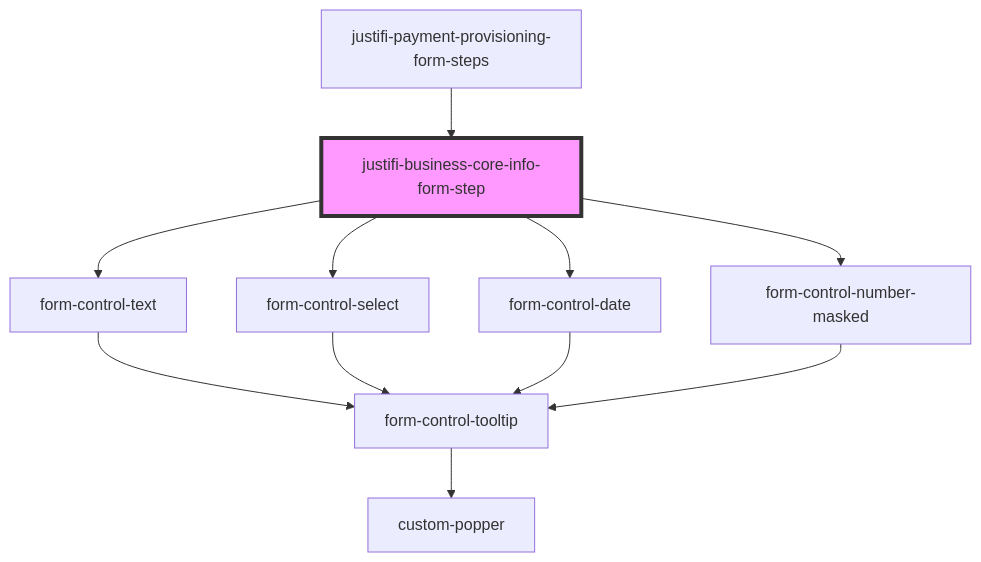
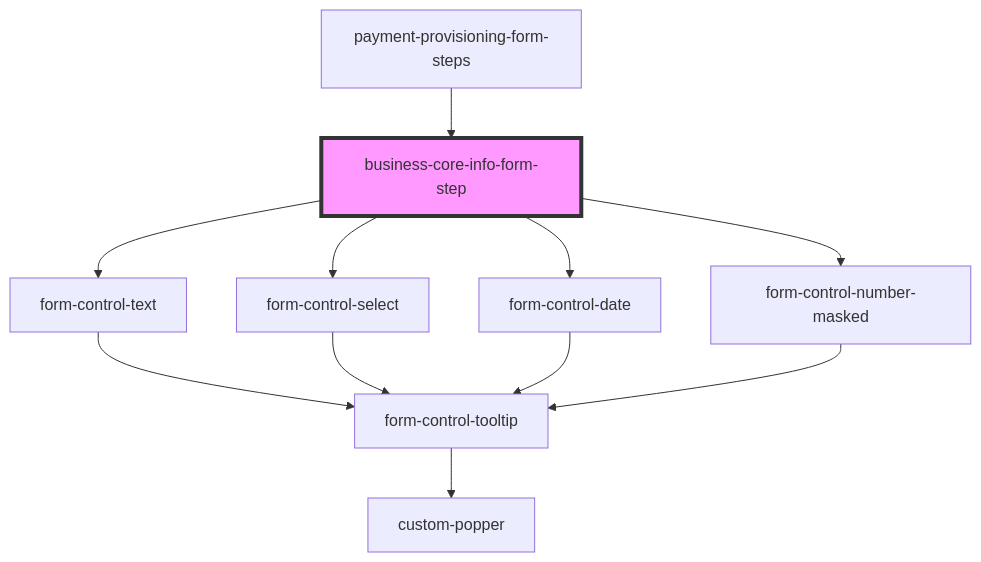
The diagram in packages/webcomponents/src/components/business-forms/payment-provisioning/business-core-info/readme.md (justifi-tech/web-component-library), drawn with Mermaid before and after one commit. The commit also changed other lines of this file and 36 other files, not shown here.

````diff
--- a/packages/webcomponents/src/components/business-forms/payment-provisioning/business-core-info/readme.md
+++ b/packages/webcomponents/src/components/business-forms/payment-provisioning/business-core-info/readme.md
@@ -60,14 +60,14 @@
 ```mermaid
 graph TD;
-  justifi-business-core-info-form-step --> form-control-text
-  justifi-business-core-info-form-step --> form-control-select
-  justifi-business-core-info-form-step --> form-control-date
-  justifi-business-core-info-form-step --> form-control-number-masked
+  business-core-info-form-step --> form-control-text
+  business-core-info-form-step --> form-control-select
+  business-core-info-form-step --> form-control-date
+  business-core-info-form-step --> form-control-number-masked
   form-control-text --> form-control-tooltip
   form-control-tooltip --> custom-popper
   form-control-select --> form-control-tooltip
   form-control-date --> form-control-tooltip
   form-control-number-masked --> form-control-tooltip
-  justifi-payment-provisioning-form-steps --> justifi-business-core-info-form-step
-  style justifi-business-core-info-form-step fill:#f9f,stroke:#333,stroke-width:4px
+  payment-provisioning-form-steps --> business-core-info-form-step
+  style business-core-info-form-step fill:#f9f,stroke:#333,stroke-width:4px
 ```
````
